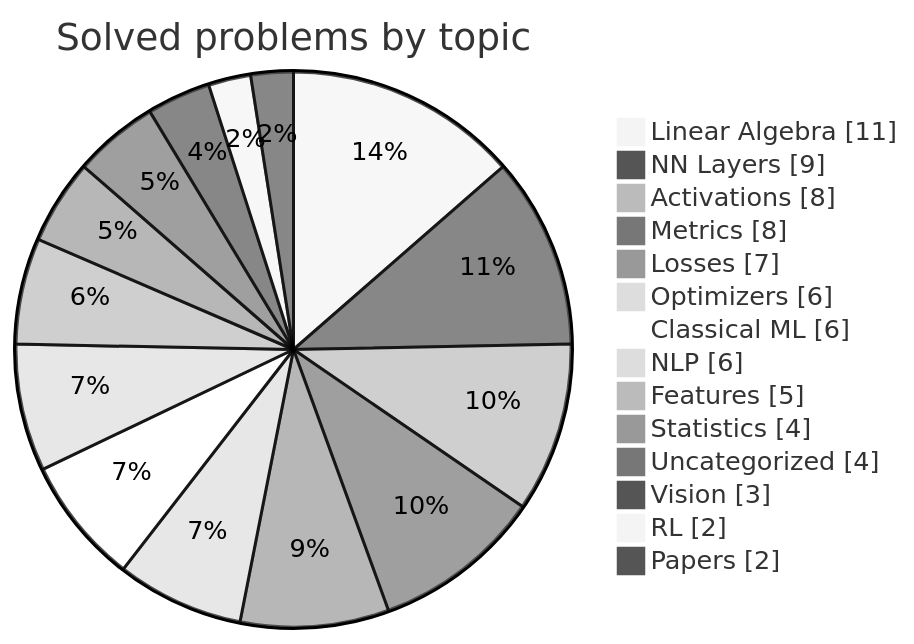
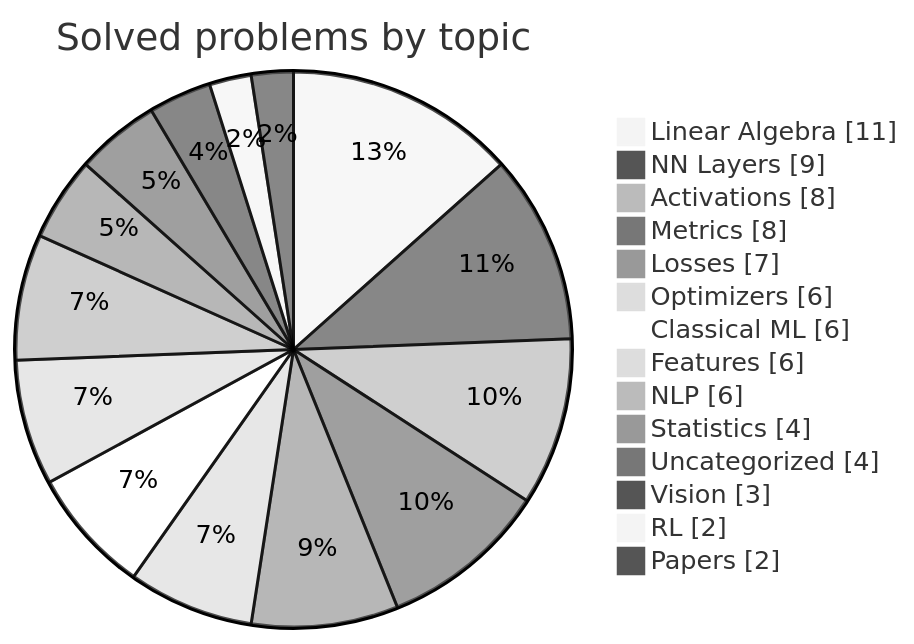
Before and after one commit to HarryTrn/TensorTonic-Solutions: the second of 2 diagrams in README.md, drawn with Mermaid (neutral theme). The commit also changed other lines of this file, not shown here.

````diff
--- a/README.md
+++ b/README.md
@@ -74,18 +74,18 @@
 ```mermaid
 pie showData
     title Solved problems by topic
     "Linear Algebra" : 11
     "NN Layers" : 9
     "Activations" : 8
     "Metrics" : 8
     "Losses" : 7
     "Optimizers" : 6
     "Classical ML" : 6
+    "Features" : 6
     "NLP" : 6
-    "Features" : 5
     "Statistics" : 4
     "Uncategorized" : 4
     "Vision" : 3
     "RL" : 2
     "Papers" : 2
 ```
````
